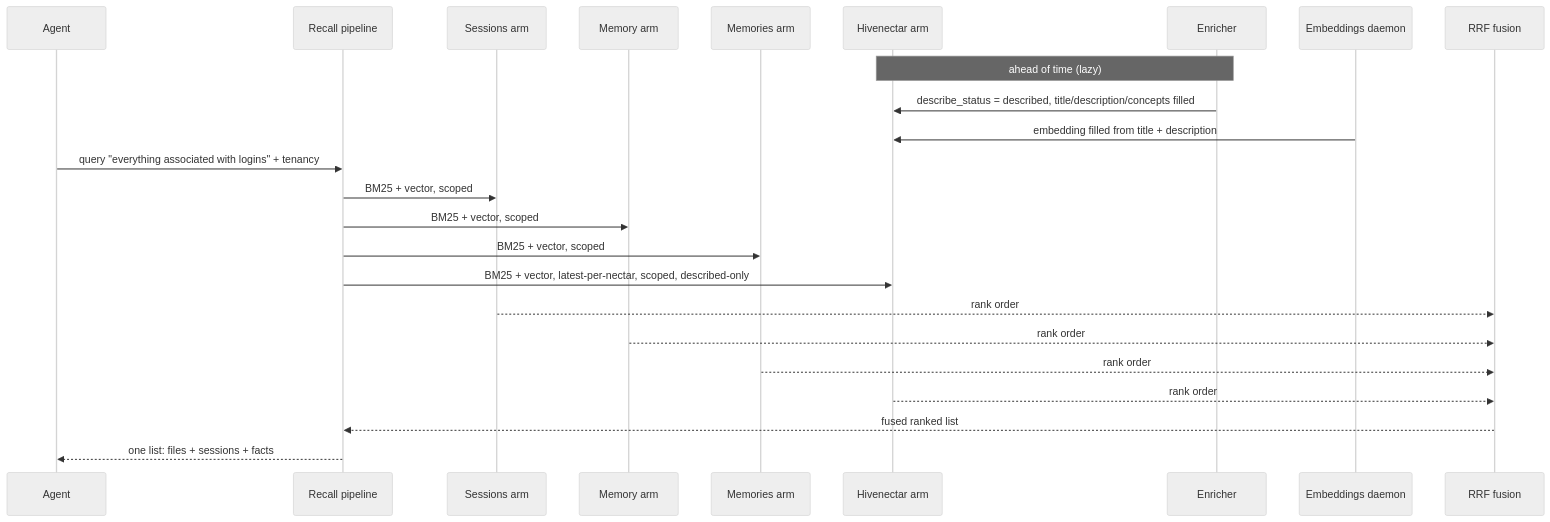
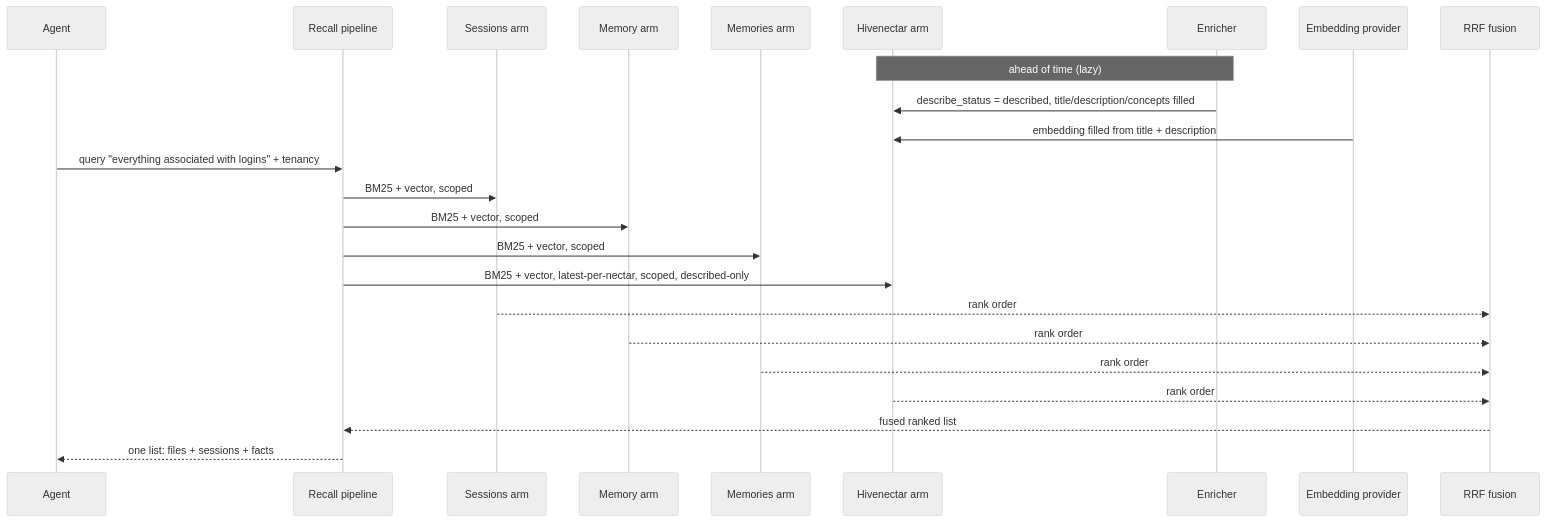
One commit to legioncodeinc/nectar changed the diagram in library/knowledge/private/data/recall-integration-deep-dive/recall-integration-ecosystem-story-arc.md. Above: the diagram before and after it, drawn with Mermaid (neutral theme). The commit also changed other lines of this file and 125 other files, not shown here.

````diff
--- a/library/knowledge/private/data/recall-integration-deep-dive/recall-integration-ecosystem-story-arc.md
+++ b/library/knowledge/private/data/recall-integration-deep-dive/recall-integration-ecosystem-story-arc.md
@@ -91,28 +91,28 @@
 ```mermaid
 sequenceDiagram
     participant agent as Agent
     participant recall as Recall pipeline
     participant sessions as Sessions arm
     participant memory as Memory arm
     participant memories as Memories arm
     participant hivenectar as Hivenectar arm
     participant enricher as Enricher
-    participant embeddings as Embeddings daemon
+    participant embeddings as Embedding provider
     participant rrf as RRF fusion
 
     Note over enricher,hivenectar: ahead of time (lazy)
     enricher->>hivenectar: describe_status = described, title/description/concepts filled
     embeddings->>hivenectar: embedding filled from title + description
 
     agent->>recall: query "everything associated with logins" + tenancy
     recall->>sessions: BM25 + vector, scoped
     recall->>memory: BM25 + vector, scoped
     recall->>memories: BM25 + vector, scoped
     recall->>hivenectar: BM25 + vector, latest-per-nectar, scoped, described-only
     sessions-->>rrf: rank order
     memory-->>rrf: rank order
     memories-->>rrf: rank order
     hivenectar-->>rrf: rank order
     rrf-->>recall: fused ranked list
     recall-->>agent: one list: files + sessions + facts
 ```
````
